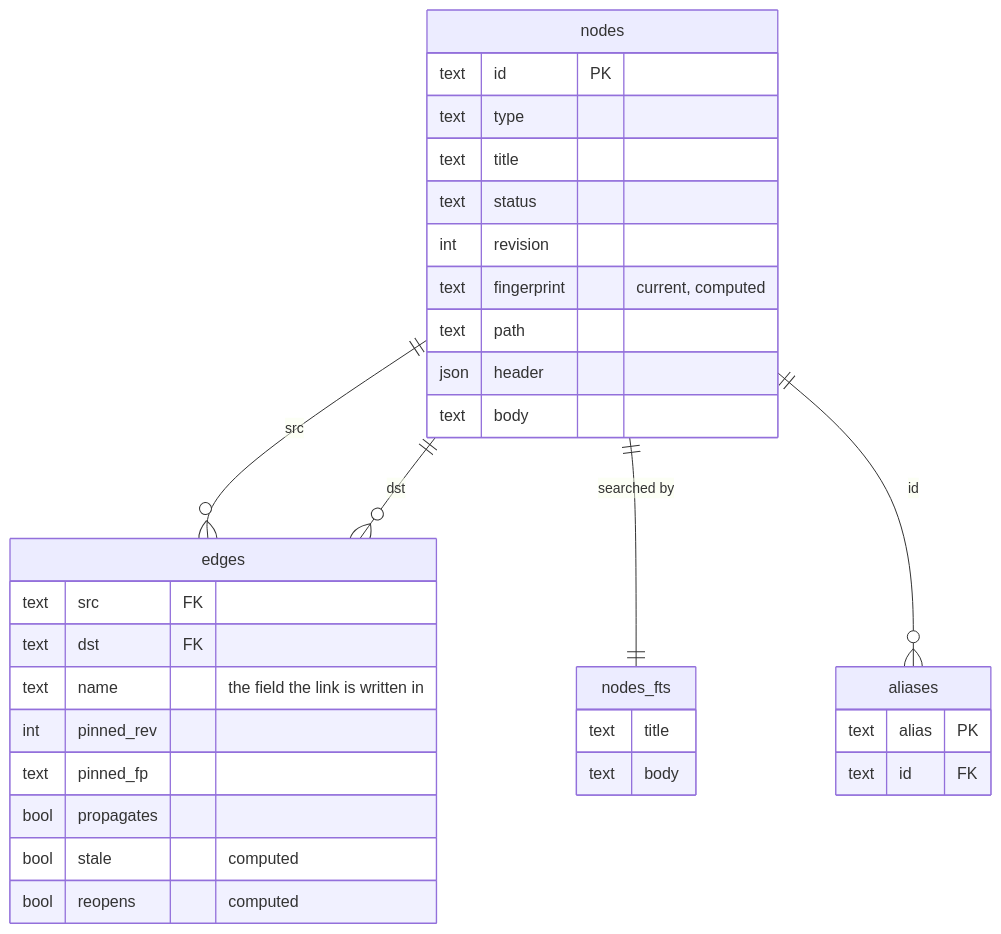
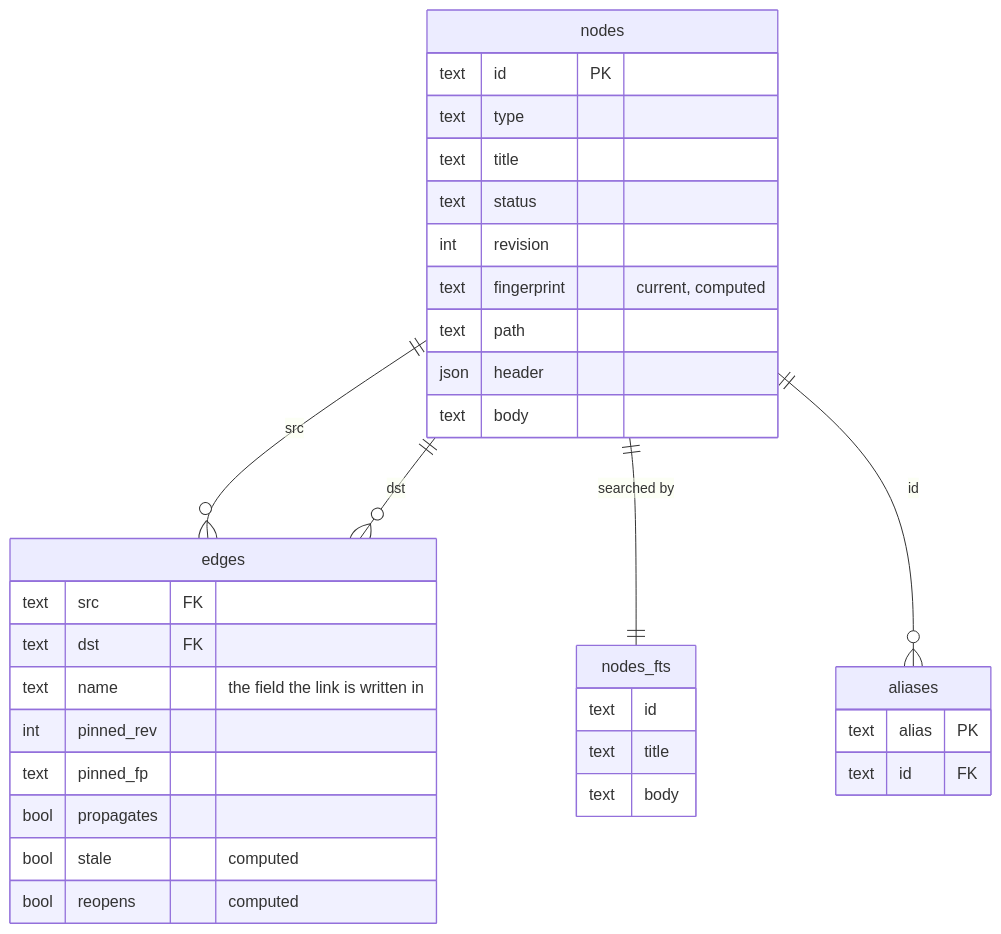
One commit to andycondon/loremason changed the diagram in docs/context-graph/03-implementation.md. Above: the diagram before and after it, drawn with Mermaid. The commit also changed other lines of this file and 6 other files, not shown here.

````diff
--- a/docs/context-graph/03-implementation.md
+++ b/docs/context-graph/03-implementation.md
@@ -278,36 +278,37 @@
 ```mermaid
 erDiagram
   nodes ||--o{ edges : "src"
   nodes ||--o{ edges : "dst"
   nodes ||--|| nodes_fts : "searched by"
   nodes ||--o{ aliases : "id"
   nodes {
     text id PK
     text type
     text title
     text status
     int revision
     text fingerprint "current, computed"
     text path
     json header
     text body
   }
   edges {
     text src FK
     text dst FK
     text name "the field the link is written in"
     int pinned_rev
     text pinned_fp
     bool propagates
     bool stale "computed"
     bool reopens "computed"
   }
   aliases {
     text alias PK
     text id FK
   }
   nodes_fts {
+    text id
     text title
     text body
   }
 ```
````
